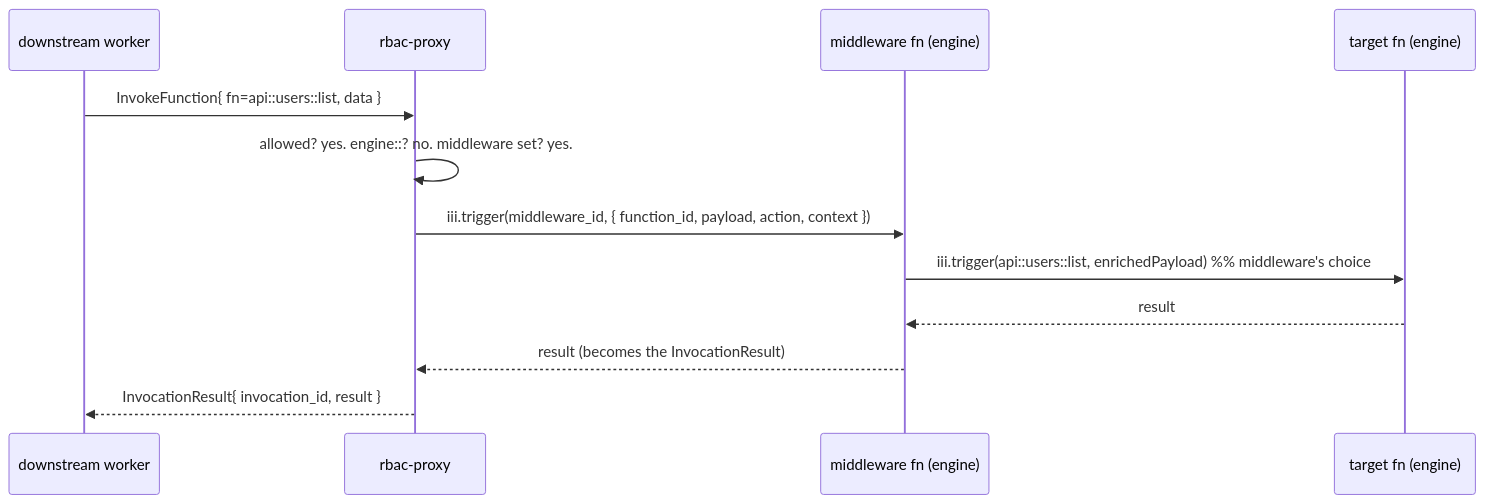
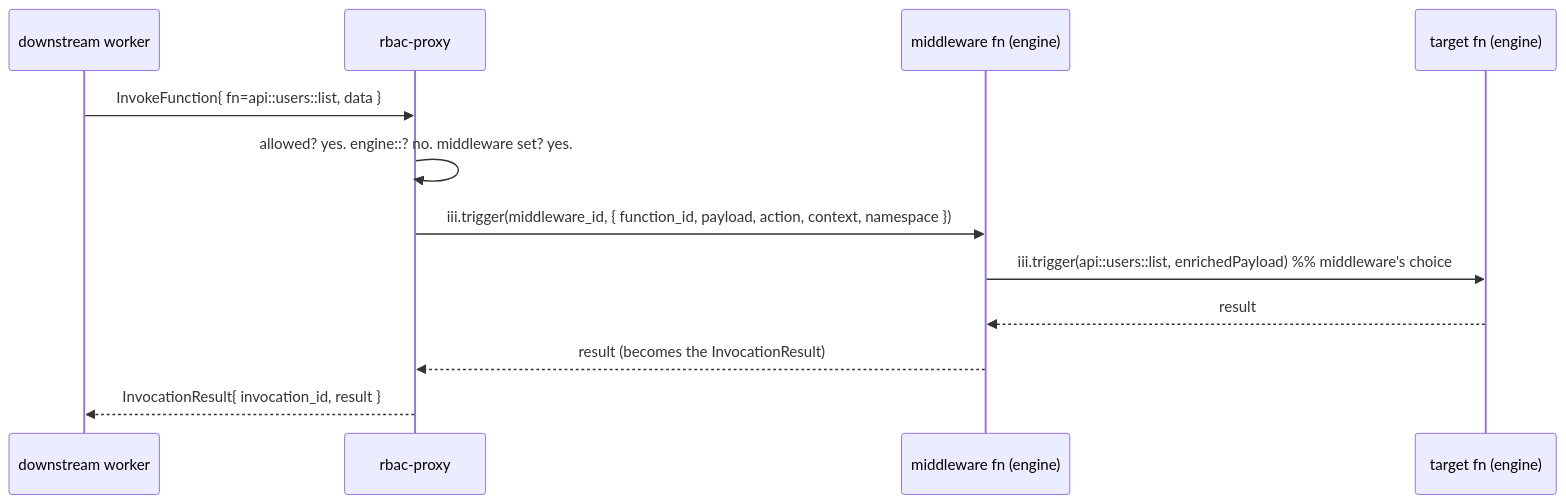
One commit to iii-hq/workers changed the second of 2 diagrams in tech-specs/2026-06-rbac-proxy-worker/rbac.md. Above: the diagram before and after it, drawn with Mermaid. The commit also changed other lines of this file and 38 other files, not shown here.

First line of the commit message:
fix(rbac-proxy): keep iii 0.25 observe closed and gate calls by namespace

````diff
--- a/tech-specs/2026-06-rbac-proxy-worker/rbac.md
+++ b/tech-specs/2026-06-rbac-proxy-worker/rbac.md
@@ -221,14 +238,14 @@
 ```mermaid
 sequenceDiagram
   participant W as downstream worker
   participant P as rbac-proxy
   participant M as middleware fn (engine)
   participant T as target fn (engine)
   W->>P: InvokeFunction{ fn=api::users::list, data }
   P->>P: allowed? yes. engine::? no. middleware set? yes.
-  P->>M: iii.trigger(middleware_id, { function_id, payload, action, context })
+  P->>M: iii.trigger(middleware_id, { function_id, payload, action, context, namespace })
   M->>T: iii.trigger(api::users::list, enrichedPayload)   %% middleware's choice
   T-->>M: result
   M-->>P: result (becomes the InvocationResult)
   P-->>W: InvocationResult{ invocation_id, result }
 ```
````
